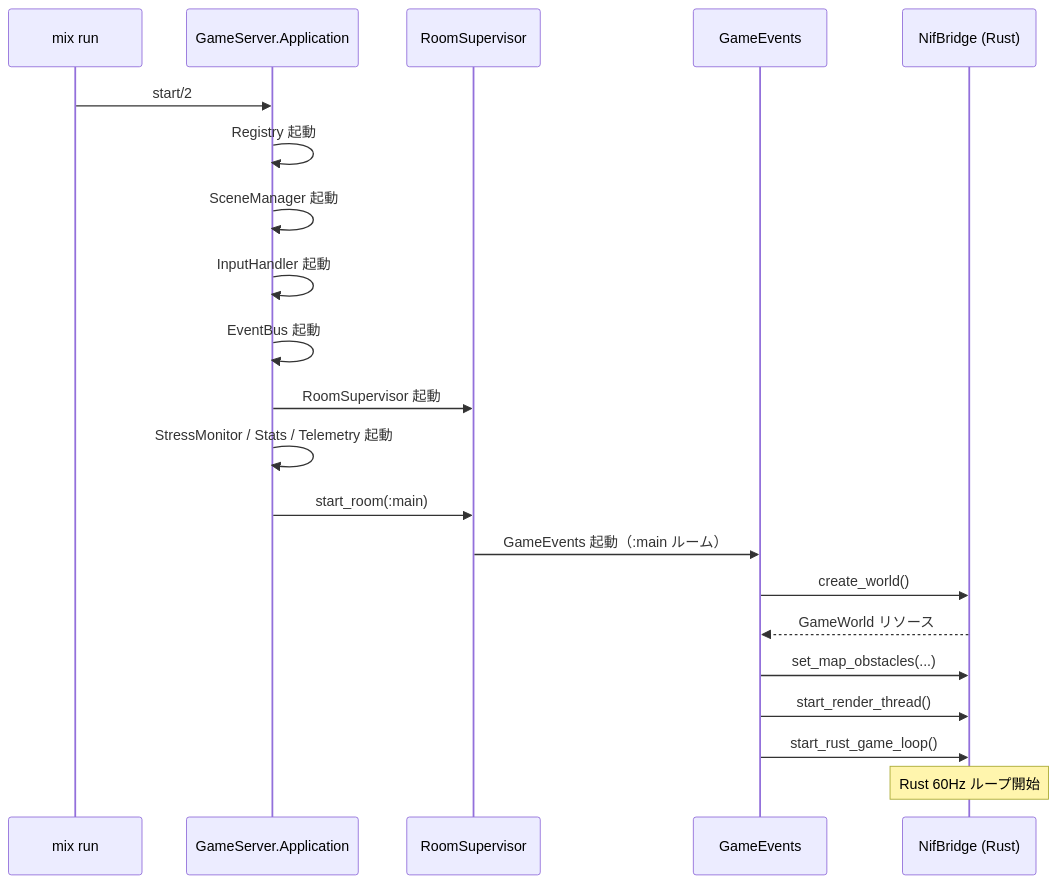
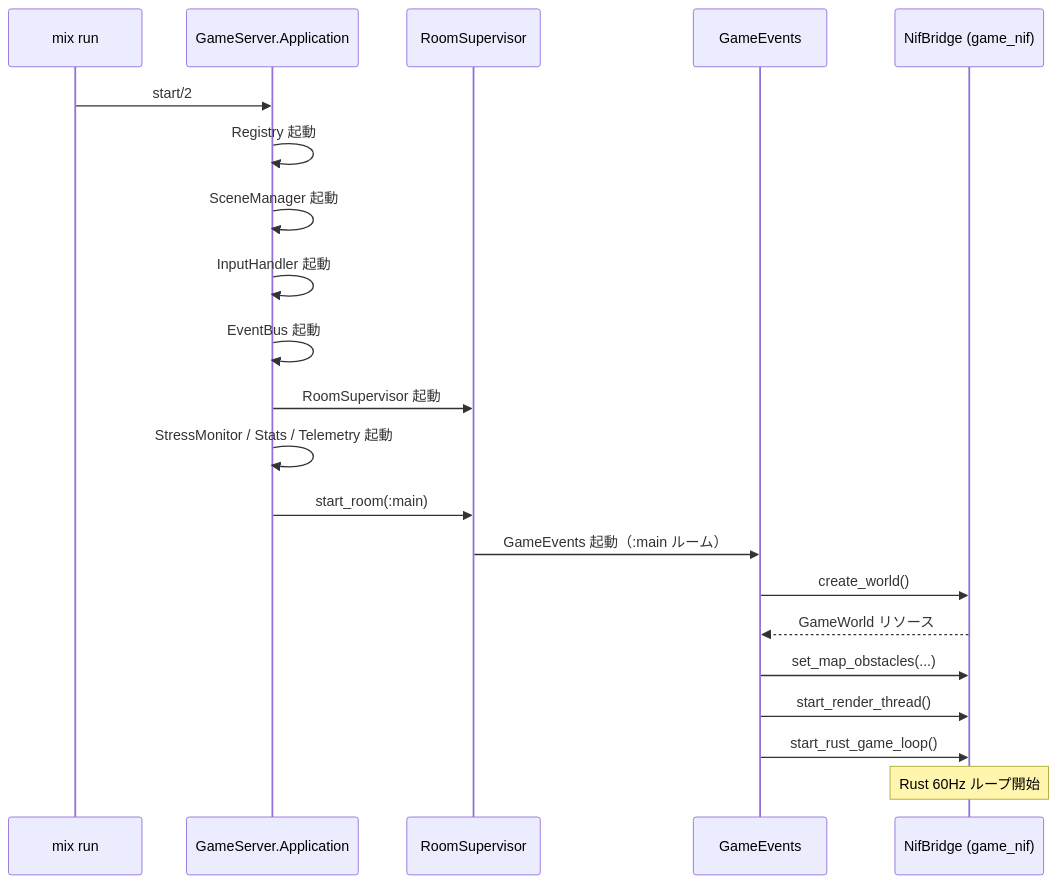
The first of 12 diagrams in docs/data-flow.md (FRICK-ELDY/alchemy-engine), drawn with Mermaid before and after one commit. The commit also changed other lines of this file and 3 other files, not shown here.

````diff
--- a/docs/data-flow.md
+++ b/docs/data-flow.md
@@ -11,24 +11,24 @@
 ```mermaid
 sequenceDiagram
     participant MX as mix run
     participant APP as GameServer.Application
     participant RS as RoomSupervisor
     participant GEV as GameEvents
-    participant NIF as NifBridge (Rust)
+    participant NIF as NifBridge (game_nif)
 
     MX->>APP: start/2
     APP->>APP: Registry 起動
     APP->>APP: SceneManager 起動
     APP->>APP: InputHandler 起動
     APP->>APP: EventBus 起動
     APP->>RS: RoomSupervisor 起動
     APP->>APP: StressMonitor / Stats / Telemetry 起動
     APP->>RS: start_room(:main)
     RS->>GEV: GameEvents 起動（:main ルーム）
     GEV->>NIF: create_world()
     NIF-->>GEV: GameWorld リソース
     GEV->>NIF: set_map_obstacles(...)
     GEV->>NIF: start_render_thread()
     GEV->>NIF: start_rust_game_loop()
     Note over NIF: Rust 60Hz ループ開始
 ```
````
